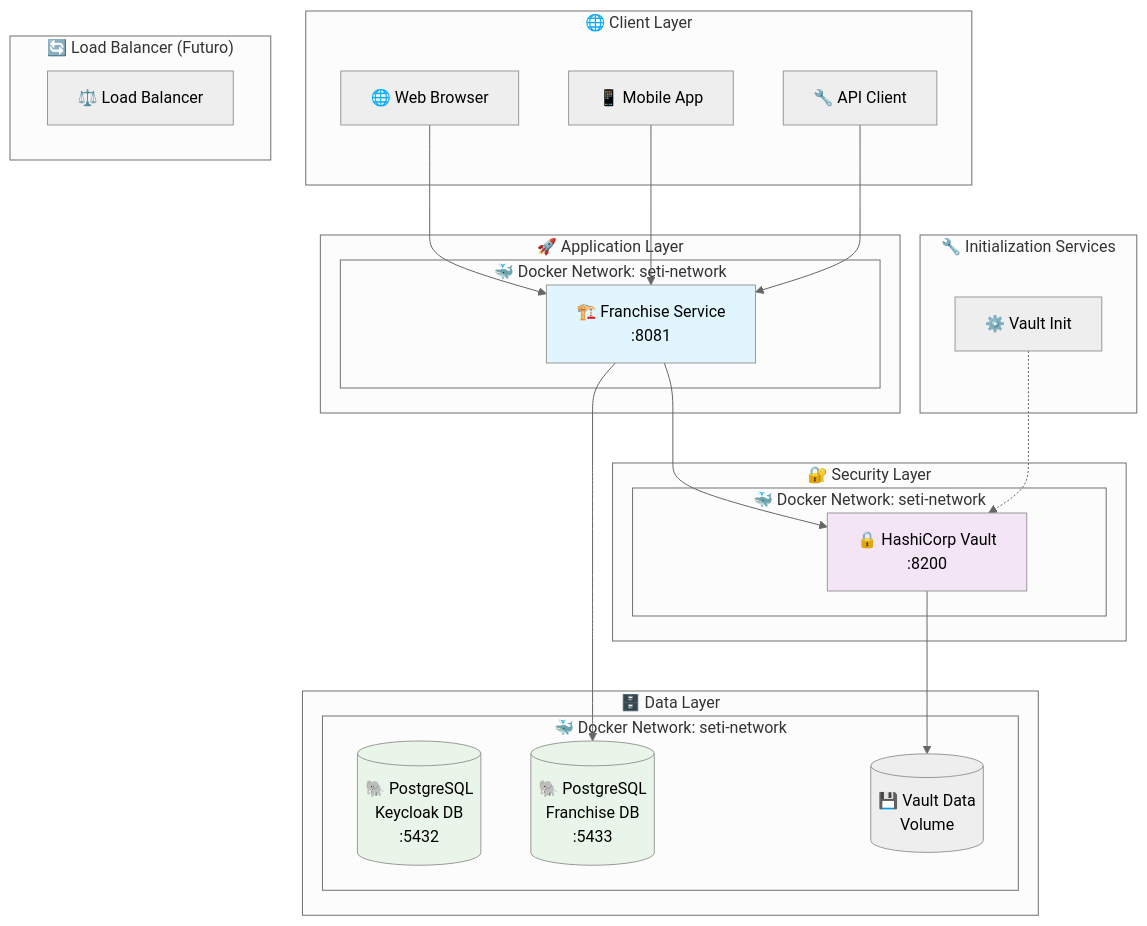
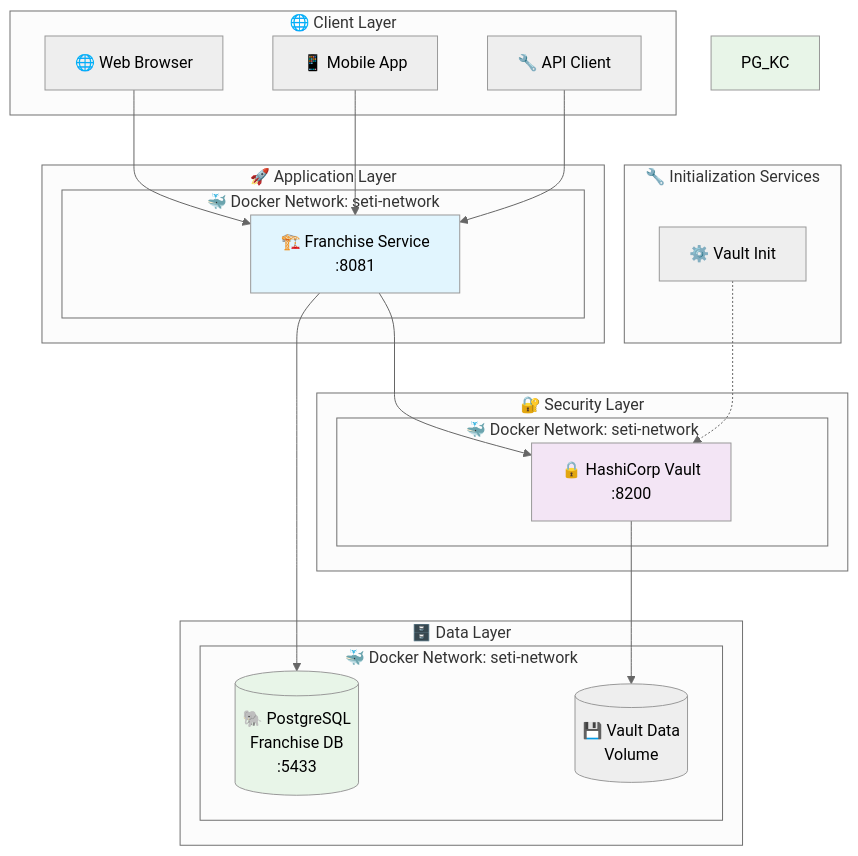
One commit to emosquerafs/seti changed the fourth of 18 diagrams in README.md. Above: the diagram before and after it, drawn with Mermaid (neutral theme).

Commit message:
feat: remove future load balancer section and Keycloak database reference from architecture diagram in README.md

````diff
--- a/README.md
+++ b/README.md
@@ -192,54 +192,50 @@
 ```mermaid
 graph TB
     subgraph "🌐 Client Layer"
         WEB[🌐 Web Browser]
         MOBILE[📱 Mobile App]
         API_CLIENT[🔧 API Client]
     end
     
-    subgraph "🔄 Load Balancer (Futuro)"
-        LB[⚖️ Load Balancer]
-    end
-    
+        
     subgraph "🚀 Application Layer"
         subgraph "🐳 Docker Network: seti-network"
             BACKEND[🏗️ Franchise Service<br/>:8081]            
         end
     end
     
     subgraph "🔐 Security Layer"
         subgraph "🐳 Docker Network: seti-network"            
             VAULT[🔒 HashiCorp Vault<br/>:8200]
         end
     end
     
     subgraph "🗄️ Data Layer"
         subgraph "🐳 Docker Network: seti-network"
-            PG_KC[(🐘 PostgreSQL<br/>Keycloak DB<br/>:5432)]
             PG_APP[(🐘 PostgreSQL<br/>Franchise DB<br/>:5433)]
             VAULT_DATA[(💾 Vault Data<br/>Volume)]
         end
     end
     
     subgraph "🔧 Initialization Services"
         VAULT_INIT[⚙️ Vault Init]
     end
     
     WEB --> BACKEND
     MOBILE --> BACKEND
     API_CLIENT --> BACKEND   
     
     
     BACKEND --> VAULT
     BACKEND --> PG_APP
     
     
     VAULT --> VAULT_DATA
     
     VAULT_INIT -.-> VAULT    
     
     style BACKEND fill:#e1f5fe    
     style VAULT fill:#f3e5f5
     style PG_KC fill:#e8f5e8
     style PG_APP fill:#e8f5e8
 ```
````
